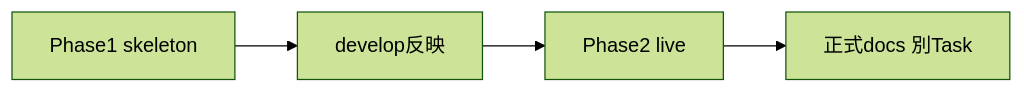
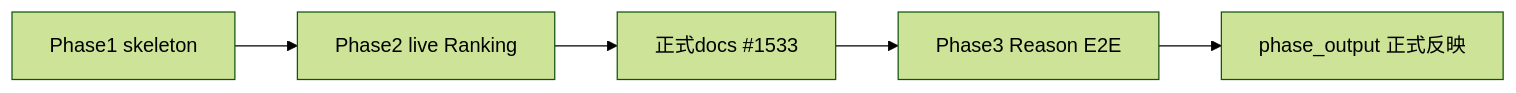
The diagram in docs/90_PoC/計画/TV要件・実施方針/TV-007_Reco性能フィジビリティ.md (ryo-chan-k6/GiftRecommendAPP_MVP_CYCLE_3), drawn with Mermaid (forest theme) before and after one commit. The commit also changed other lines of this file and 5 other files, not shown here.

````diff
--- a/docs/90_PoC/計画/TV要件・実施方針/TV-007_Reco性能フィジビリティ.md
+++ b/docs/90_PoC/計画/TV要件・実施方針/TV-007_Reco性能フィジビリティ.md
@@ -40,6 +43,7 @@
 ```mermaid
 flowchart LR
-  P1[Phase1 skeleton] --> Land[develop反映]
-  Land --> P2[Phase2 live]
-  P2 --> Formal[正式docs 別Task]
+  P1[Phase1 skeleton] --> P2[Phase2 live Ranking]
+  P2 --> F1[正式docs #1533]
+  F1 --> P3[Phase3 Reason E2E]
+  P3 --> F2[phase_output 正式反映]
 ```
````
